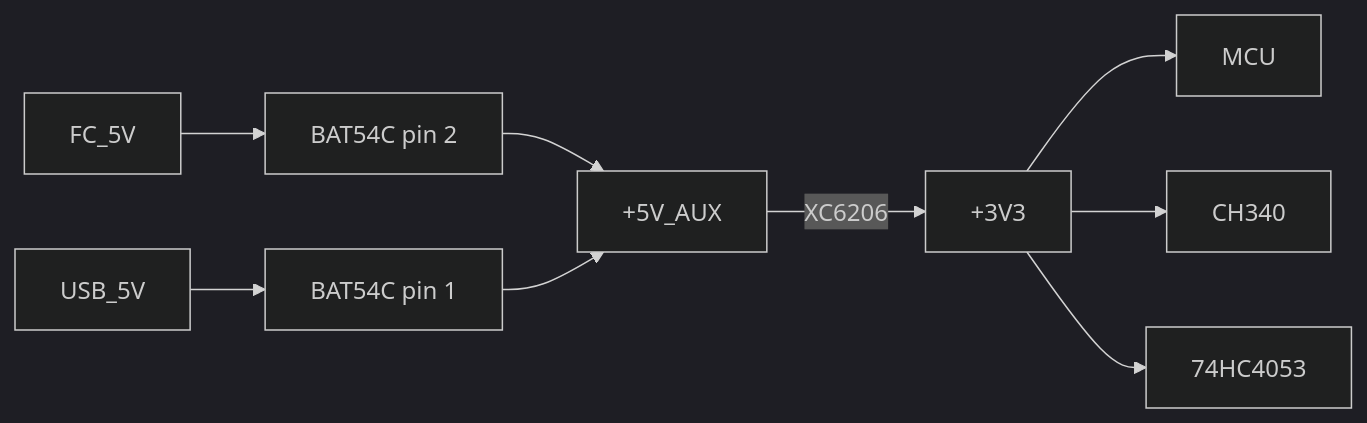
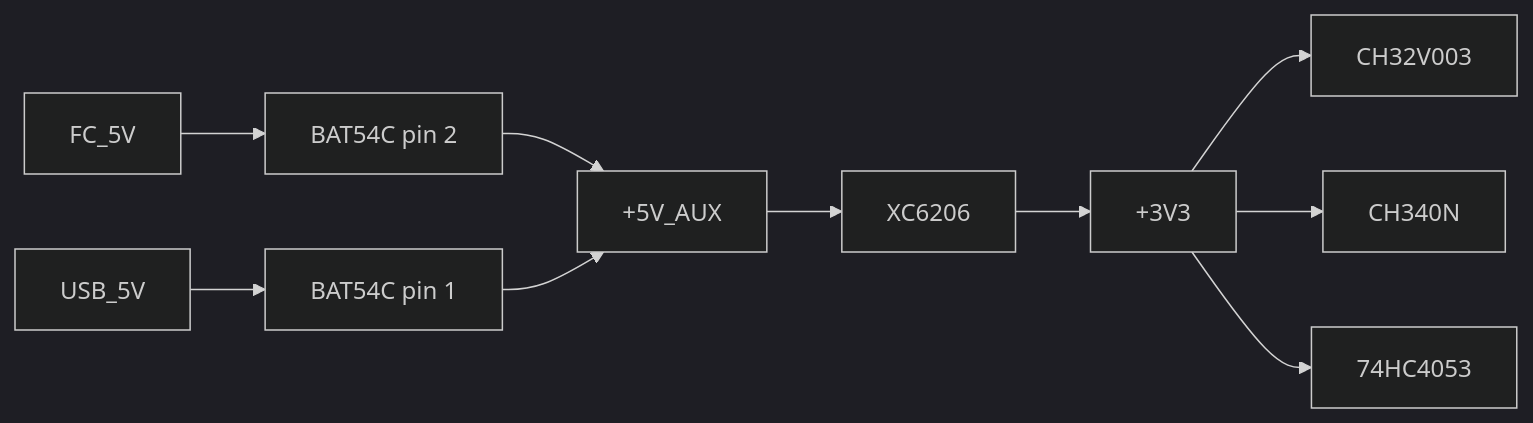
One commit to Mudycrafter-rubbish-coder/kepler-v-acm changed the second of 2 diagrams in README.md. Above: the diagram before and after it, drawn with Mermaid (dark theme). The commit also changed other lines of this file and 5 other files, not shown here.

````diff
--- a/README.md
+++ b/README.md
@@ -127,11 +131,12 @@
 ```mermaid
 flowchart LR
     FC_5V --> D3_P2[BAT54C pin 2]
     USB_5V --> D3_P1[BAT54C pin 1]
-    D3_P2 --> +5V_AUX
-    D3_P1 --> +5V_AUX
-    +5V_AUX -->|XC6206| +3V3
-    +3V3 --> MCU
-    +3V3 --> CH340
-    +3V3 --> 74HC4053
+    D3_P2 --> AUX_5V[+5V_AUX]
+    D3_P1 --> AUX_5V
+    AUX_5V --> LDO[XC6206]
+    LDO --> V33[+3V3]
+    V33 --> U1[CH32V003]
+    V33 --> U3[CH340N]
+    V33 --> U4[74HC4053]
 ```
````
